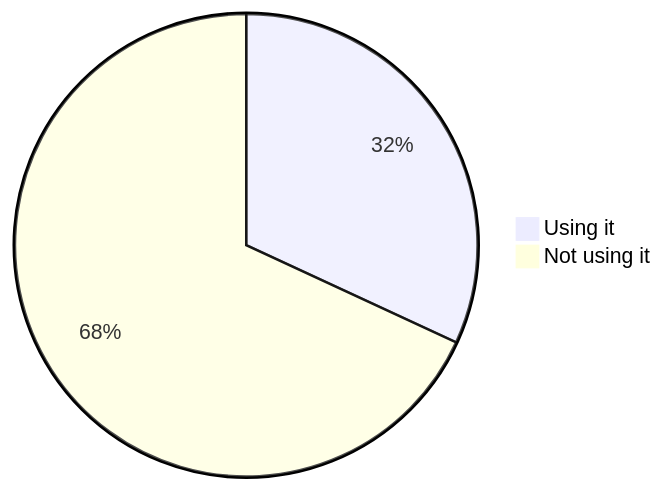
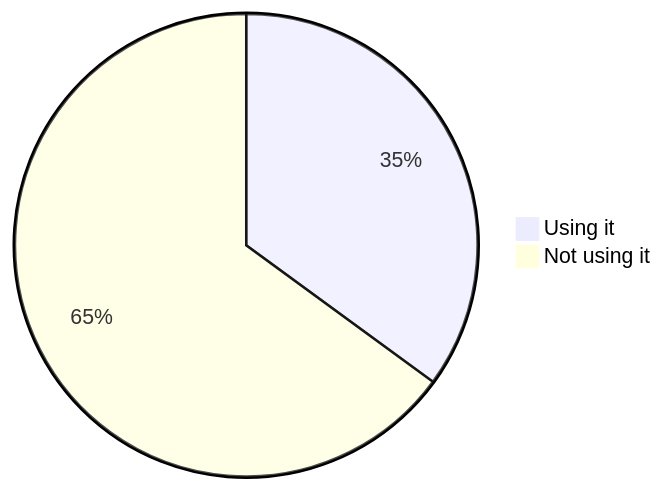
Diagram 14 of 22 in stats.md (oshp/oshp-stats), drawn with Mermaid before and after one commit. The commit also changed other lines of this file, not shown here.

````diff
--- a/stats.md
+++ b/stats.md
@@ -166,6 +166,6 @@
 ```mermaid
 pie
-	"Using it" : 31.89
-	"Not using it" : 68.11
+	"Using it" : 35.05
+	"Not using it" : 64.95
 
 ```
````
